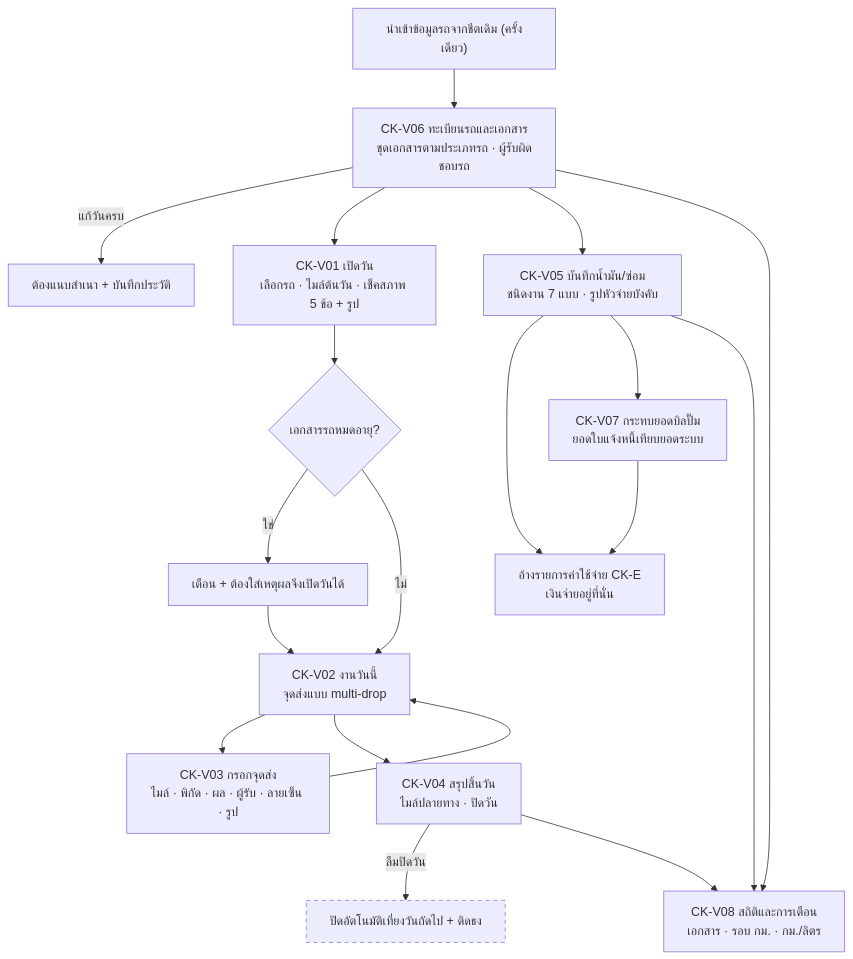
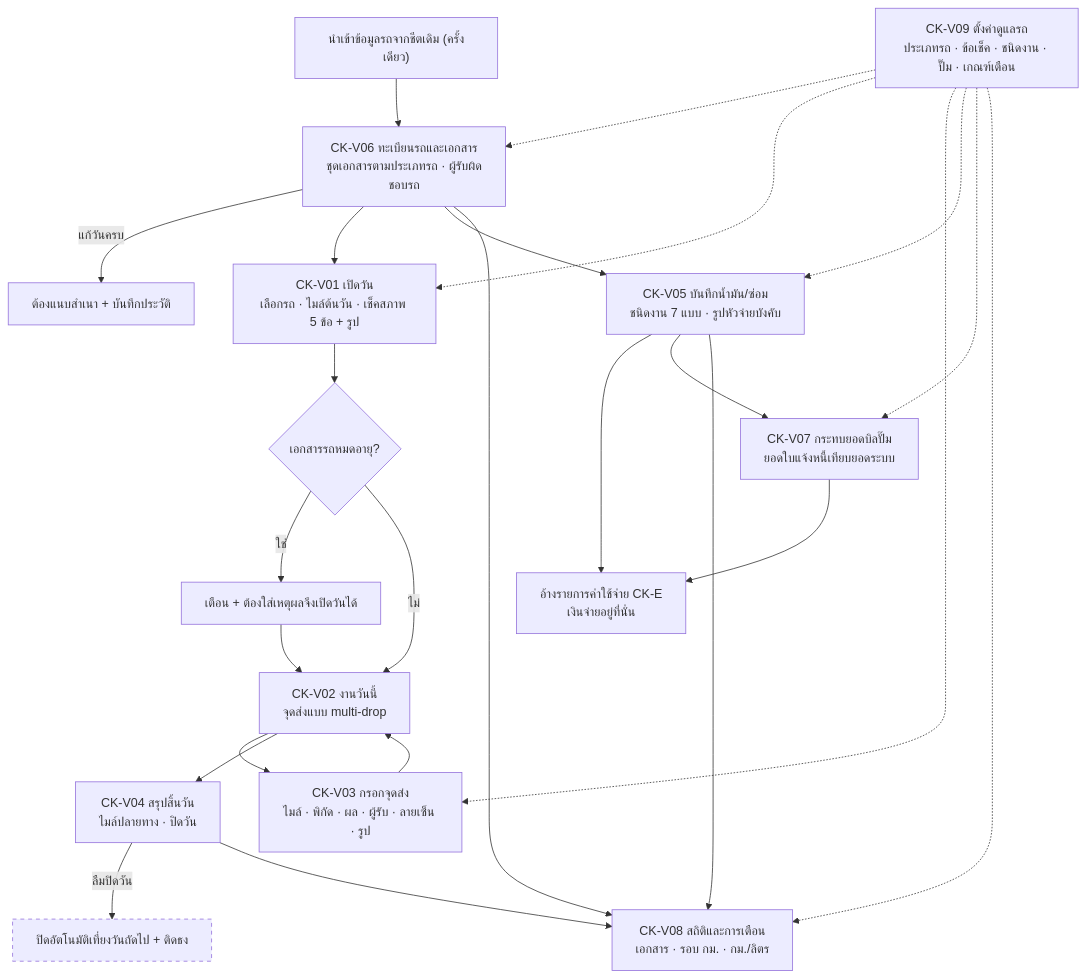
One commit to ArmPeerapat2/sangwijit-system changed the second of 2 diagrams in 01_เช็คลิส/README.md. Above: the diagram before and after it, drawn with Mermaid. The commit also changed other lines of this file and 1 other file, not shown here.

````diff
--- a/01_เช็คลิส/README.md
+++ b/01_เช็คลิส/README.md
@@ -322,22 +328,28 @@
 ```mermaid
 flowchart TD
     A["นำเข้าข้อมูลรถจากชีตเดิม (ครั้งเดียว)"] --> R["CK-V06 ทะเบียนรถและเอกสาร<br/>ชุดเอกสารตามประเภทรถ · ผู้รับผิดชอบรถ"]
     R -->|แก้วันครบ| E["ต้องแนบสำเนา + บันทึกประวัติ"]
     R --> O["CK-V01 เปิดวัน<br/>เลือกรถ · ไมล์ต้นวัน · เช็คสภาพ 5 ข้อ + รูป"]
     O --> W{"เอกสารรถหมดอายุ?"}
     W -->|ใช่| Y["เตือน + ต้องใส่เหตุผลจึงเปิดวันได้"]
     W -->|ไม่| T
     Y --> T["CK-V02 งานวันนี้<br/>จุดส่งแบบ multi-drop"]
     T --> P["CK-V03 กรอกจุดส่ง<br/>ไมล์ · พิกัด · ผล · ผู้รับ · ลายเซ็น · รูป"]
     P --> T
     T --> S["CK-V04 สรุปสิ้นวัน<br/>ไมล์ปลายทาง · ปิดวัน"]
     S -->|ลืมปิดวัน| X["ปิดอัตโนมัติเที่ยงวันถัดไป + ติดธง"]
     R --> F["CK-V05 บันทึกน้ำมัน/ซ่อม<br/>ชนิดงาน 7 แบบ · รูปหัวจ่ายบังคับ"]
     F --> K["อ้างรายการค่าใช้จ่าย CK-E<br/>เงินจ่ายอยู่ที่นั่น"]
     F --> B["CK-V07 กระทบยอดบิลปั๊ม<br/>ยอดใบแจ้งหนี้เทียบยอดระบบ"]
     B --> K
     R --> H["CK-V08 สถิติและการเตือน<br/>เอกสาร · รอบ กม. · กม./ลิตร"]
     S --> H
+    Z["CK-V09 ตั้งค่าดูแลรถ<br/>ประเภทรถ · ข้อเช็ค · ชนิดงาน · ปั๊ม · เกณฑ์เตือน"] -.-> R
+    Z -.-> O
+    Z -.-> P
+    Z -.-> F
+    Z -.-> B
+    Z -.-> H
     F --> H
     style X stroke-dasharray: 5 5
 ```
````
